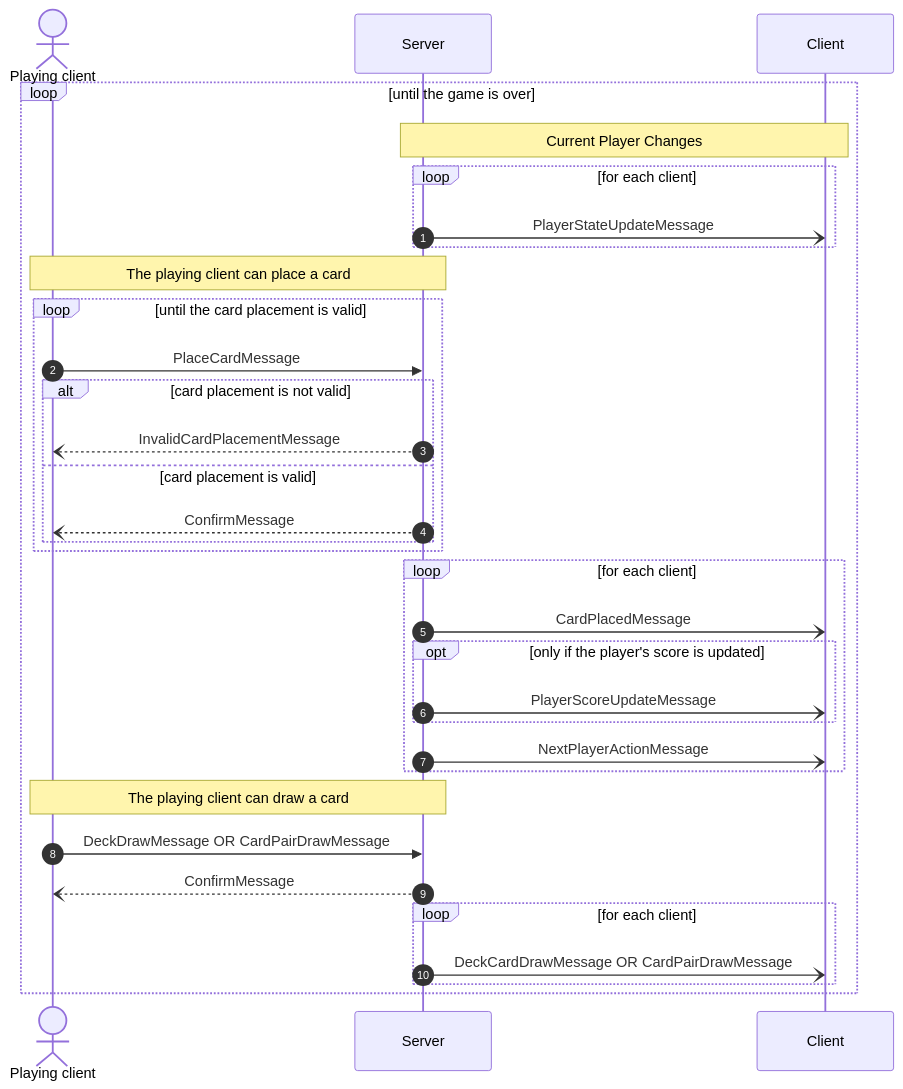
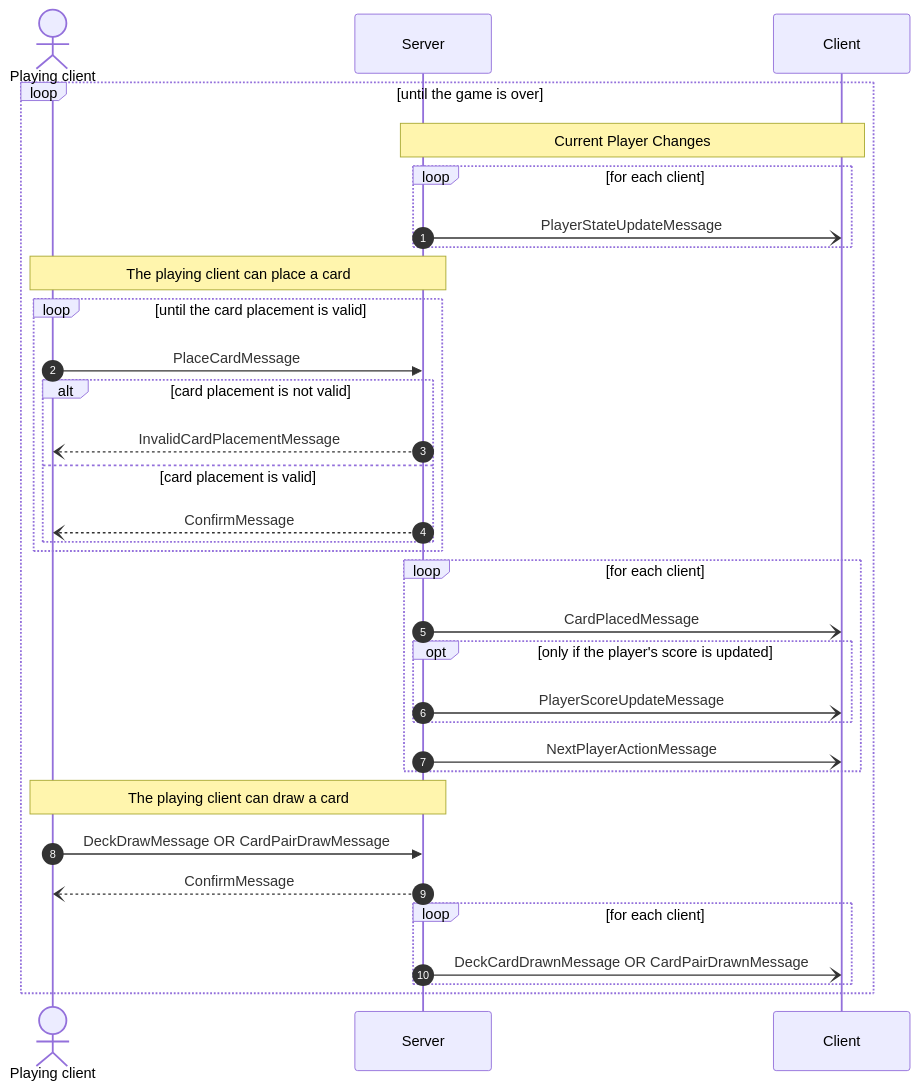
One commit to frephs/IS24-AM21 changed the fourth of 6 diagrams in documentation_wip/network_protocol.md. Above: the diagram before and after it, drawn with Mermaid.

````diff
--- a/documentation_wip/network_protocol.md
+++ b/documentation_wip/network_protocol.md
@@ -142,43 +142,43 @@
 ```mermaid
 sequenceDiagram
     actor Playing client
 
     loop until the game is over
         # New turn 
         Note over Server,Client: Current Player Changes
         loop for each client
             autonumber
             Server -) Client : PlayerStateUpdateMessage 
         end
         
         # Place card  
         Note over Playing client,Server: The playing client can place a card  
         loop until the card placement is valid
             Playing client ->> Server : PlaceCardMessage
             alt card placement is not valid
                 Server --) Playing client : InvalidCardPlacementMessage
             else card placement is valid
                 Server --) Playing client : ConfirmMessage
             end
         end
         loop for each client
             Server -) Client : CardPlacedMessage 
             opt only if the player's score is updated
                 Server -) Client : PlayerScoreUpdateMessage
             end
             Server -) Client : NextPlayerActionMessage
         end 
         
 
         # Draw card 
         Note over Playing client,Server: The playing client can draw a card
         Playing client ->> Server : DeckDrawMessage OR CardPairDrawMessage
         Server --) Playing client : ConfirmMessage
         loop for each client
-            Server -) Client : DeckCardDrawMessage OR CardPairDrawMessage
+            Server -) Client : DeckCardDrawnMessage OR CardPairDrawnMessage
         end 
     end
 
 
 
 ```
````
